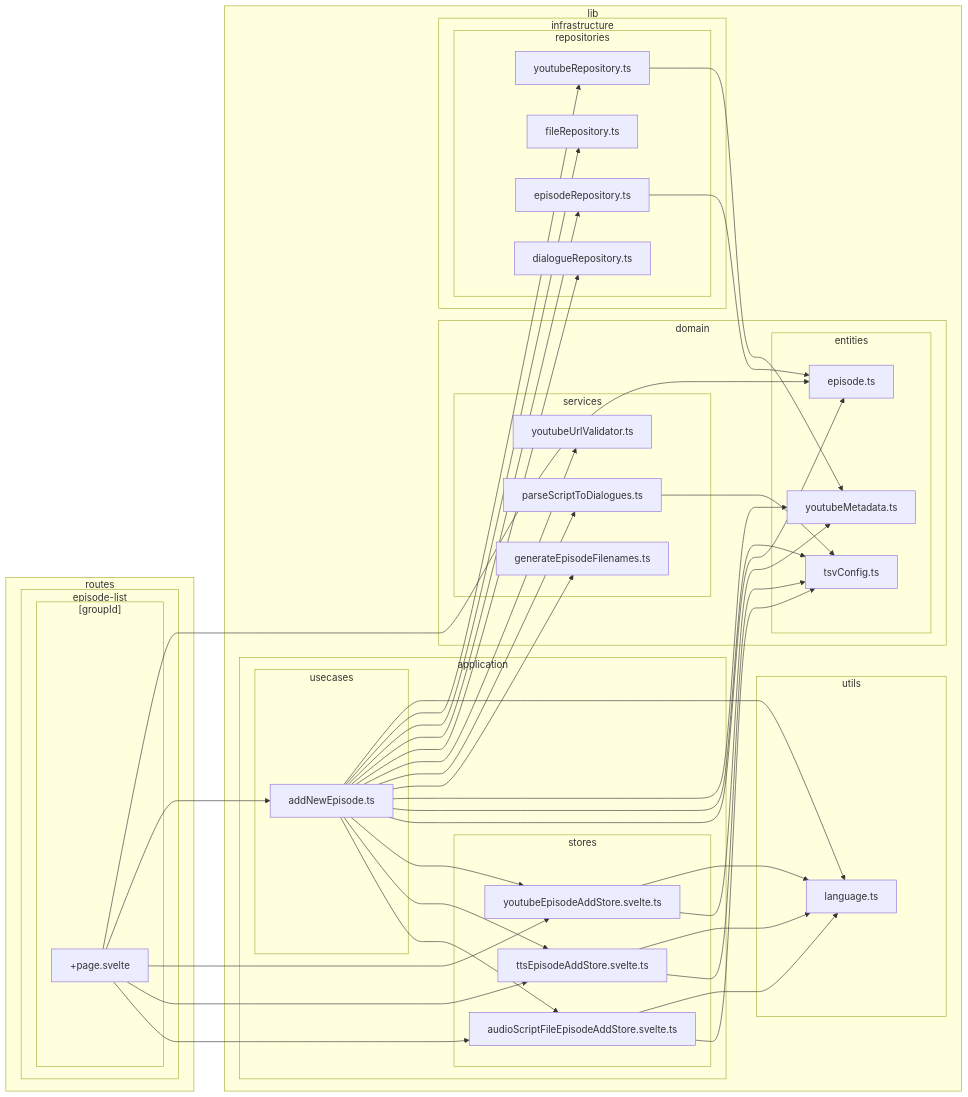
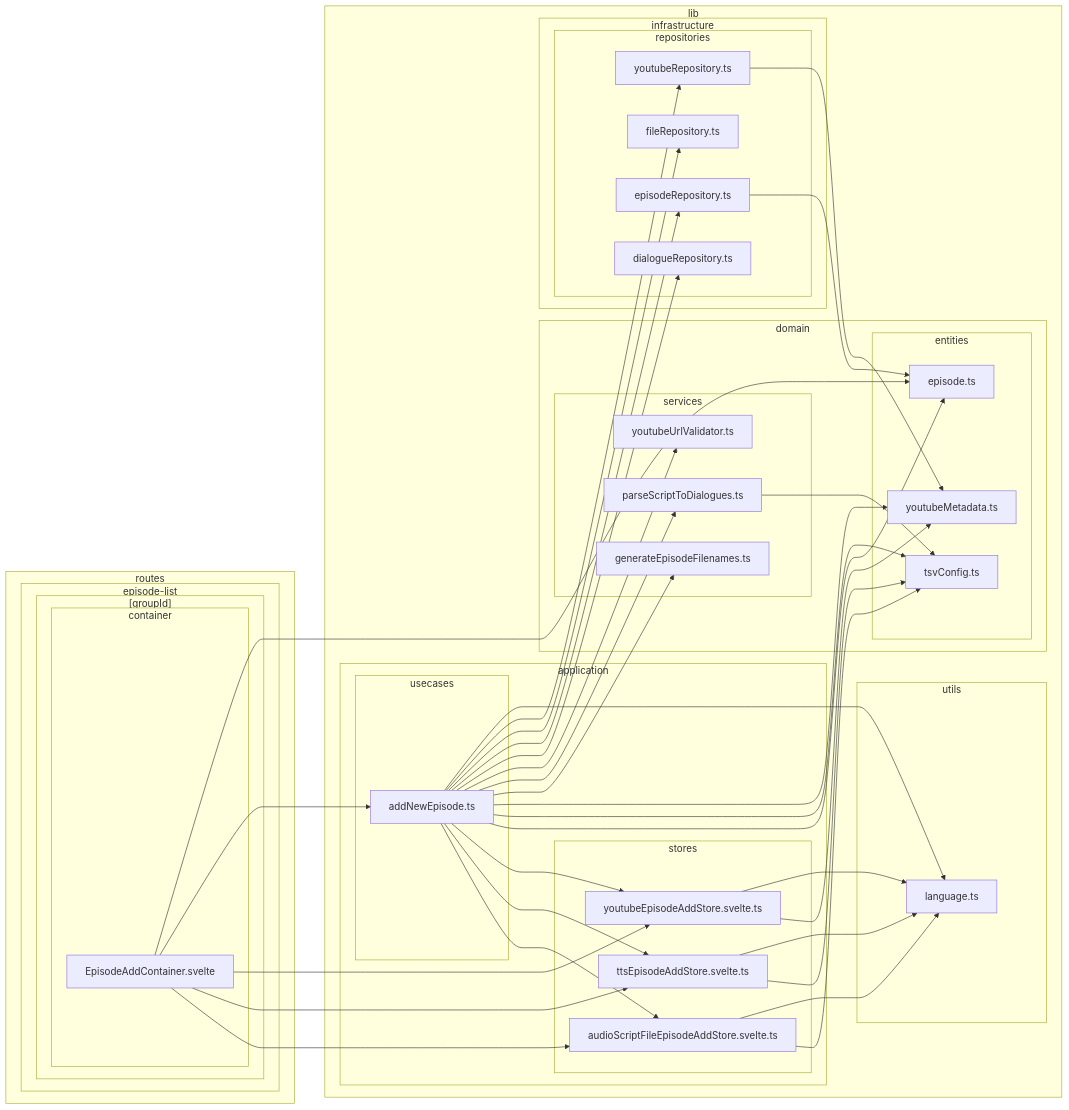
The sixth of 38 diagrams in doc/dependency-graph.md (k5n/kotonoha), drawn with Mermaid before and after one commit. The commit also changed other lines of this file, not shown here.

Commit message:
doc: Update dependency-graph

````diff
--- a/doc/dependency-graph.md
+++ b/doc/dependency-graph.md
@@ -301,73 +309,75 @@
 ```mermaid
 graph LR
         subgraph sg_lib ["lib"]
             subgraph sg_lib_application ["application"]
                 subgraph sg_lib_application_stores ["stores"]
                     src_lib_application_stores_audioScriptFileEpisodeAddStore_svelte_ts["audioScriptFileEpisodeAddStore.svelte.ts"]
                     src_lib_application_stores_ttsEpisodeAddStore_svelte_ts["ttsEpisodeAddStore.svelte.ts"]
                     src_lib_application_stores_youtubeEpisodeAddStore_svelte_ts["youtubeEpisodeAddStore.svelte.ts"]
                 end
                 subgraph sg_lib_application_usecases ["usecases"]
                     src_lib_application_usecases_addNewEpisode_ts["addNewEpisode.ts"]
                 end
             end
             subgraph sg_lib_domain ["domain"]
                 subgraph sg_lib_domain_entities ["entities"]
                     src_lib_domain_entities_episode_ts["episode.ts"]
                     src_lib_domain_entities_tsvConfig_ts["tsvConfig.ts"]
                     src_lib_domain_entities_youtubeMetadata_ts["youtubeMetadata.ts"]
                 end
                 subgraph sg_lib_domain_services ["services"]
                     src_lib_domain_services_generateEpisodeFilenames_ts["generateEpisodeFilenames.ts"]
                     src_lib_domain_services_parseScriptToDialogues_ts["parseScriptToDialogues.ts"]
                     src_lib_domain_services_youtubeUrlValidator_ts["youtubeUrlValidator.ts"]
                 end
             end
             subgraph sg_lib_infrastructure ["infrastructure"]
                 subgraph sg_lib_infrastructure_repositories ["repositories"]
                     src_lib_infrastructure_repositories_dialogueRepository_ts["dialogueRepository.ts"]
                     src_lib_infrastructure_repositories_episodeRepository_ts["episodeRepository.ts"]
                     src_lib_infrastructure_repositories_fileRepository_ts["fileRepository.ts"]
                     src_lib_infrastructure_repositories_youtubeRepository_ts["youtubeRepository.ts"]
                 end
             end
             subgraph sg_lib_utils ["utils"]
                 src_lib_utils_language_ts["language.ts"]
             end
         end
         subgraph sg_routes ["routes"]
             subgraph sg_routes_episode_list ["episode-list"]
                 subgraph sg_routes_episode_list__groupId_ ["[groupId]"]
-                    src_routes_episode_list__groupId___page_svelte["+page.svelte"]
+                    subgraph sg_routes_episode_list__groupId__container ["container"]
+                        src_routes_episode_list__groupId__container_EpisodeAddContainer_svelte["EpisodeAddContainer.svelte"]
+                    end
                 end
             end
         end
     src_lib_application_usecases_addNewEpisode_ts --> src_lib_application_stores_audioScriptFileEpisodeAddStore_svelte_ts
     src_lib_application_usecases_addNewEpisode_ts --> src_lib_application_stores_ttsEpisodeAddStore_svelte_ts
     src_lib_application_usecases_addNewEpisode_ts --> src_lib_application_stores_youtubeEpisodeAddStore_svelte_ts
     src_lib_application_usecases_addNewEpisode_ts --> src_lib_domain_entities_episode_ts
     src_lib_application_usecases_addNewEpisode_ts --> src_lib_domain_entities_tsvConfig_ts
     src_lib_application_usecases_addNewEpisode_ts --> src_lib_domain_entities_youtubeMetadata_ts
     src_lib_application_usecases_addNewEpisode_ts --> src_lib_domain_services_generateEpisodeFilenames_ts
     src_lib_application_usecases_addNewEpisode_ts --> src_lib_domain_services_parseScriptToDialogues_ts
     src_lib_application_usecases_addNewEpisode_ts --> src_lib_domain_services_youtubeUrlValidator_ts
     src_lib_application_usecases_addNewEpisode_ts --> src_lib_infrastructure_repositories_dialogueRepository_ts
     src_lib_application_usecases_addNewEpisode_ts --> src_lib_infrastructure_repositories_episodeRepository_ts
     src_lib_application_usecases_addNewEpisode_ts --> src_lib_infrastructure_repositories_fileRepository_ts
     src_lib_application_usecases_addNewEpisode_ts --> src_lib_infrastructure_repositories_youtubeRepository_ts
     src_lib_application_usecases_addNewEpisode_ts --> src_lib_utils_language_ts
     src_lib_application_stores_audioScriptFileEpisodeAddStore_svelte_ts --> src_lib_domain_entities_tsvConfig_ts
     src_lib_application_stores_audioScriptFileEpisodeAddStore_svelte_ts --> src_lib_utils_language_ts
     src_lib_application_stores_ttsEpisodeAddStore_svelte_ts --> src_lib_domain_entities_tsvConfig_ts
     src_lib_application_stores_ttsEpisodeAddStore_svelte_ts --> src_lib_utils_language_ts
     src_lib_application_stores_youtubeEpisodeAddStore_svelte_ts --> src_lib_domain_entities_youtubeMetadata_ts
     src_lib_application_stores_youtubeEpisodeAddStore_svelte_ts --> src_lib_utils_language_ts
     src_lib_domain_services_parseScriptToDialogues_ts --> src_lib_domain_entities_tsvConfig_ts
     src_lib_infrastructure_repositories_episodeRepository_ts --> src_lib_domain_entities_episode_ts
     src_lib_infrastructure_repositories_youtubeRepository_ts --> src_lib_domain_entities_youtubeMetadata_ts
-    src_routes_episode_list__groupId___page_svelte --> src_lib_application_stores_audioScriptFileEpisodeAddStore_svelte_ts
-    src_routes_episode_list__groupId___page_svelte --> src_lib_application_stores_ttsEpisodeAddStore_svelte_ts
-    src_routes_episode_list__groupId___page_svelte --> src_lib_application_stores_youtubeEpisodeAddStore_svelte_ts
-    src_routes_episode_list__groupId___page_svelte --> src_lib_application_usecases_addNewEpisode_ts
-    src_routes_episode_list__groupId___page_svelte --> src_lib_domain_entities_episode_ts
+    src_routes_episode_list__groupId__container_EpisodeAddContainer_svelte --> src_lib_application_stores_audioScriptFileEpisodeAddStore_svelte_ts
+    src_routes_episode_list__groupId__container_EpisodeAddContainer_svelte --> src_lib_application_stores_ttsEpisodeAddStore_svelte_ts
+    src_routes_episode_list__groupId__container_EpisodeAddContainer_svelte --> src_lib_application_stores_youtubeEpisodeAddStore_svelte_ts
+    src_routes_episode_list__groupId__container_EpisodeAddContainer_svelte --> src_lib_application_usecases_addNewEpisode_ts
+    src_routes_episode_list__groupId__container_EpisodeAddContainer_svelte --> src_lib_domain_entities_episode_ts
 ```
````
